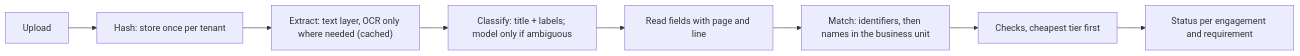
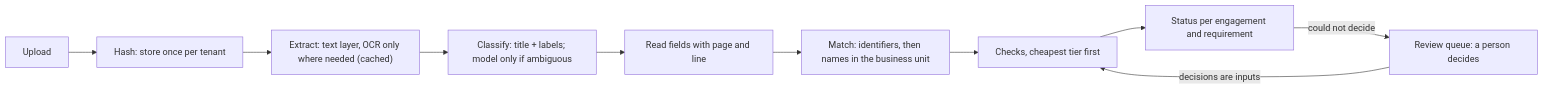
The diagram in README.md (gandhiashutosh14/testamur), drawn with Mermaid before and after one commit. The commit also changed other lines of this file and 13 other files, not shown here.

````diff
--- a/README.md
+++ b/README.md
@@ -47,10 +47,12 @@
 ```mermaid
 flowchart LR
     A["Upload"] --> B["Hash: store once per tenant"]
     B --> C["Extract: text layer, OCR only where needed (cached)"]
     C --> D["Classify: title + labels; model only if ambiguous"]
     D --> E["Read fields with page and line"]
     E --> F["Match: identifiers, then names in the business unit"]
     F --> G["Checks, cheapest tier first"]
     G --> H["Status per engagement and requirement"]
+    H -->|"could not decide"| Q["Review queue: a person decides"]
+    Q -->|"decisions are inputs"| G
 ```
````
